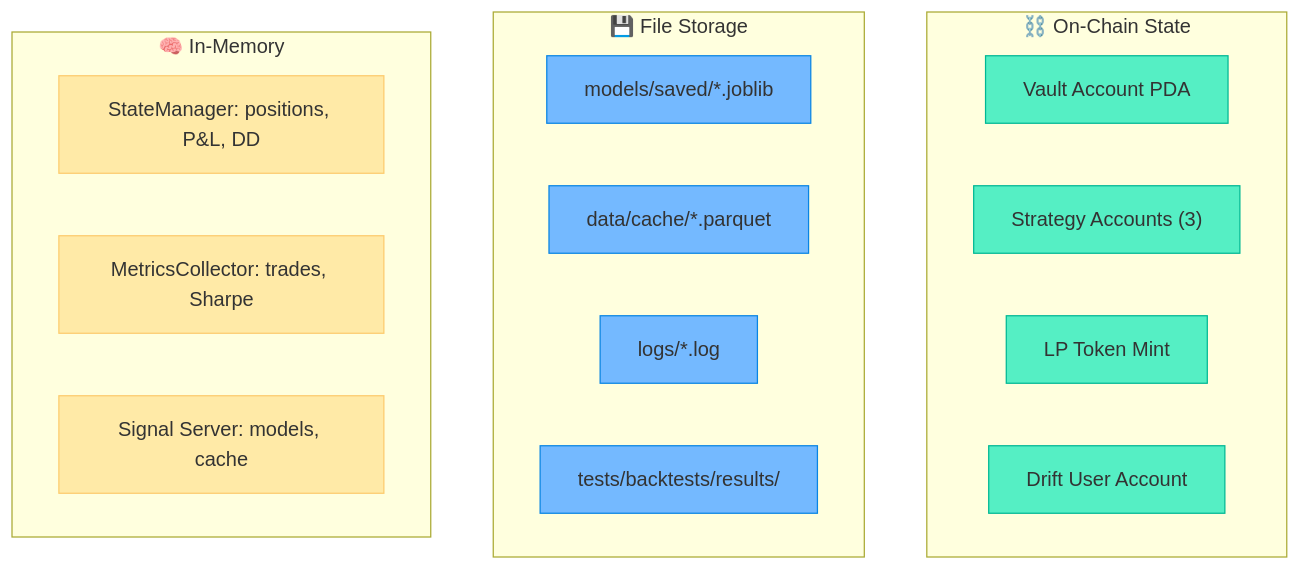
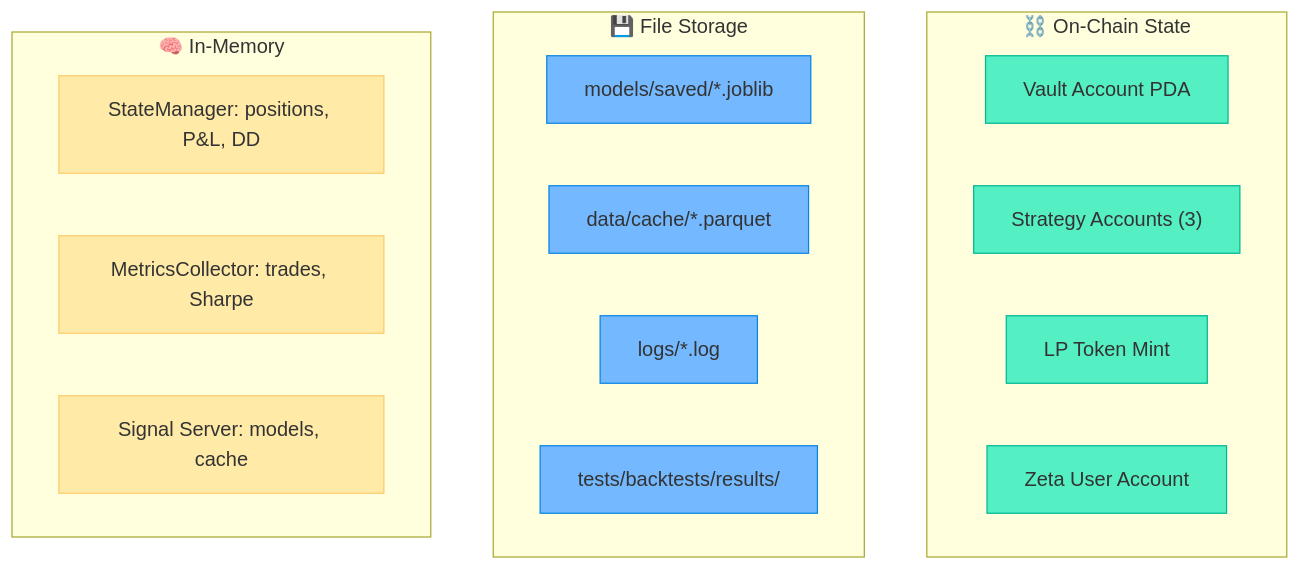
Before and after one commit to Ashutosh0x/ranger-ai-vault: diagram 16 of 20 in docs/ARCHITECTURE.md, drawn with Mermaid. The commit also changed other lines of this file and 82 other files, not shown here.

Commit message:
feat: pivot from Drift to Zeta Markets and add walk-forward backtest results

````diff
--- a/docs/ARCHITECTURE.md
+++ b/docs/ARCHITECTURE.md
@@ -1017,30 +1017,30 @@
 ```mermaid
 graph TB
     subgraph OnChain["⛓️ On-Chain State"]
         VS["Vault Account PDA"]
         SS1["Strategy Accounts (3)"]
         LP["LP Token Mint"]
-        DriftUser["Drift User Account"]
+        ZetaUser["Zeta User Account"]
     end
 
     subgraph FileStorage["💾 File Storage"]
         Models["models/saved/*.joblib"]
         DataCache["data/cache/*.parquet"]
         LogFiles["logs/*.log"]
         Results["tests/backtests/results/"]
     end
 
     subgraph InMemory["🧠 In-Memory"]
         KeeperState["StateManager: positions, P&L, DD"]
         MetricsState["MetricsCollector: trades, Sharpe"]
         SignalState["Signal Server: models, cache"]
     end
 
     classDef chain fill:#55efc4,stroke:#00b894
     classDef file fill:#74b9ff,stroke:#0984e3
     classDef memory fill:#ffeaa7,stroke:#fdcb6e
 
-    class VS,SS1,LP,DriftUser chain
+    class VS,SS1,LP,ZetaUser chain
     class Models,DataCache,LogFiles,Results file
     class KeeperState,MetricsState,SignalState memory
 ```
````
